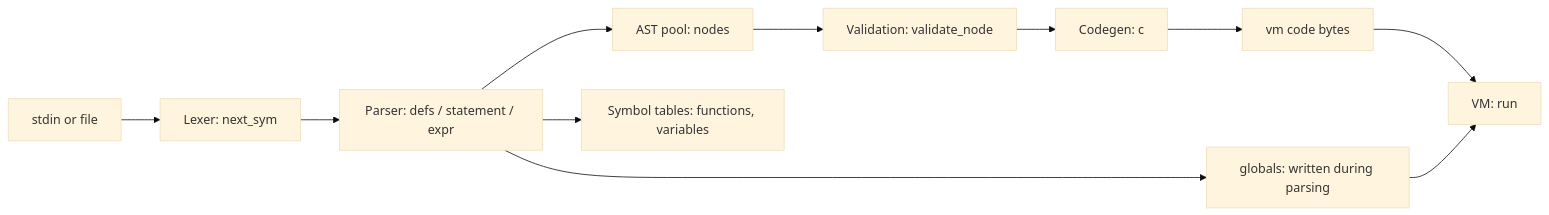
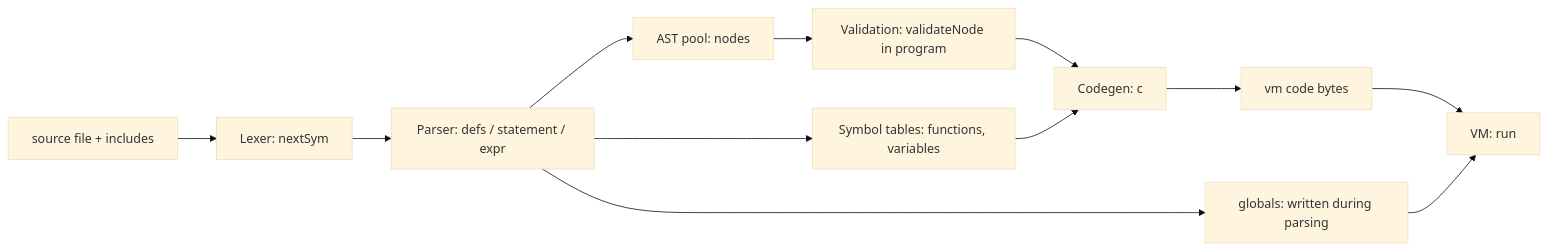
Before and after one commit to CCurl/mc: the diagram in TechnicalOverview.md, drawn with Mermaid (base theme). The commit also changed other lines of this file and 22 other files, not shown here.

````diff
--- a/TechnicalOverview.md
+++ b/TechnicalOverview.md
@@ -5,13 +5,14 @@
 ```mermaid
 flowchart LR
-    A[stdin or file] --> B[Lexer: next_sym]
+    A[source file + includes] --> B[Lexer: nextSym]
     B --> C[Parser: defs / statement / expr]
     C --> D[AST pool: nodes]
     C --> E[Symbol tables: functions, variables]
-    D --> F[Validation: validate_node]
+    C --> K[globals: written during parsing]
+    D --> F[Validation: validateNode in program]
     F --> G[Codegen: c]
+    E --> G
     G --> H[vm code bytes]
-    C --> K[globals: written during parsing]
     H --> J[VM: run]
     K --> J
 ```
````
